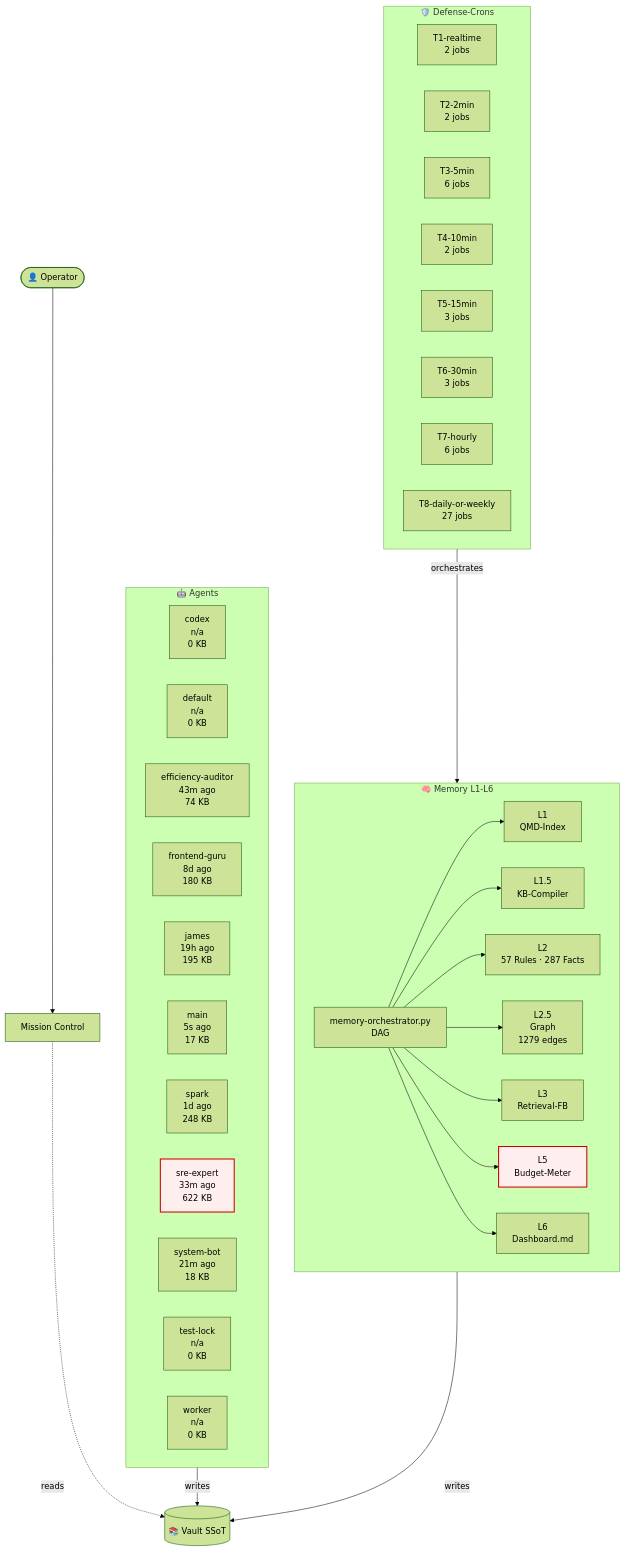
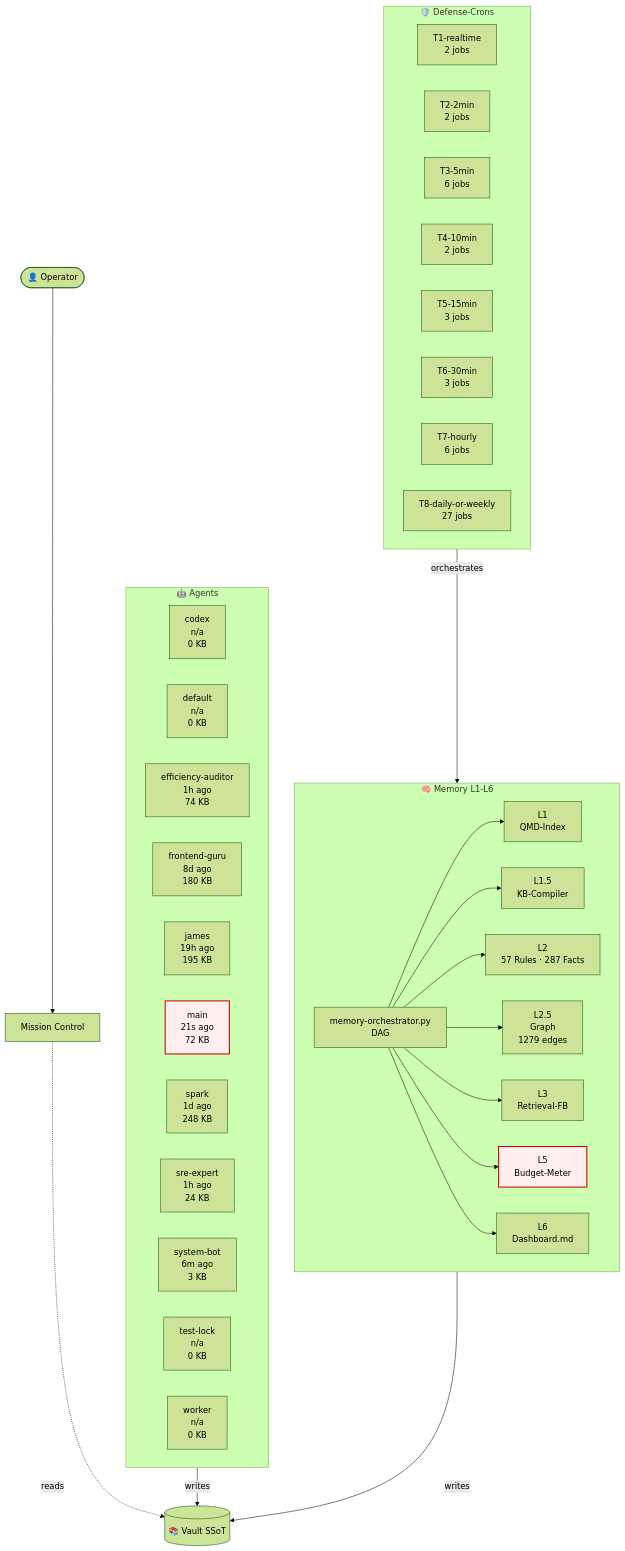
One commit to lenardhuebner88-rgb/openclaw-memory changed the diagram in 03-Agents/architecture-live.md. Above: the diagram before and after it, drawn with Mermaid (forest theme). The commit also changed other lines of this file and 15 other files, not shown here.

````diff
--- a/03-Agents/architecture-live.md
+++ b/03-Agents/architecture-live.md
@@ -18,54 +18,54 @@
 ```mermaid
 flowchart TB
     classDef critical fill:#fee,stroke:#c00,stroke-width:2px;
     subgraph AGT["🤖 Agents"]
         agent_codex["codex<br/>n/a<br/>0 KB"]
         agent_default["default<br/>n/a<br/>0 KB"]
-        agent_efficiency_auditor["efficiency-auditor<br/>43m ago<br/>74 KB"]
+        agent_efficiency_auditor["efficiency-auditor<br/>1h ago<br/>74 KB"]
         agent_frontend_guru["frontend-guru<br/>8d ago<br/>180 KB"]
         agent_james["james<br/>19h ago<br/>195 KB"]
-        agent_main["main<br/>5s ago<br/>17 KB"]
+        agent_main["main<br/>21s ago<br/>72 KB"]
         agent_spark["spark<br/>1d ago<br/>248 KB"]
-        agent_sre_expert["sre-expert<br/>33m ago<br/>622 KB"]
-        agent_system_bot["system-bot<br/>21m ago<br/>18 KB"]
+        agent_sre_expert["sre-expert<br/>1h ago<br/>24 KB"]
+        agent_system_bot["system-bot<br/>6m ago<br/>3 KB"]
         agent_test_lock["test-lock<br/>n/a<br/>0 KB"]
         agent_worker["worker<br/>n/a<br/>0 KB"]
     end
     subgraph MEM["🧠 Memory L1-L6"]
         L1["L1<br/>QMD-Index"]
         L15["L1.5<br/>KB-Compiler"]
         L2["L2<br/>57 Rules · 287 Facts"]
         L25["L2.5<br/>Graph<br/>1279 edges"]
         L3["L3<br/>Retrieval-FB"]
         L5["L5<br/>Budget-Meter"]
         L6["L6<br/>Dashboard.md"]
         ORCH["memory-orchestrator.py<br/>DAG"]
     end
     subgraph CRN["🛡️ Defense-Crons"]
         tier_T1_realtime["T1-realtime<br/>2 jobs"]
         tier_T2_2min["T2-2min<br/>2 jobs"]
         tier_T3_5min["T3-5min<br/>6 jobs"]
         tier_T4_10min["T4-10min<br/>2 jobs"]
         tier_T5_15min["T5-15min<br/>3 jobs"]
         tier_T6_30min["T6-30min<br/>3 jobs"]
         tier_T7_hourly["T7-hourly<br/>6 jobs"]
         tier_T8_daily_or_weekly["T8-daily-or-weekly<br/>27 jobs"]
     end
     VAULT[("📚 Vault SSoT")]
     OP([👤 Operator])
     MC["Mission Control"]
     OP --> MC
     MC -.reads.-> VAULT
     AGT -->|writes| VAULT
     MEM -->|writes| VAULT
     ORCH --> L1
     ORCH --> L15
     ORCH --> L2
     ORCH --> L25
     ORCH --> L3
     ORCH --> L5
     ORCH --> L6
     CRN -->|orchestrates| MEM
     class L5 critical
-    class agent_sre_expert critical
+    class agent_main critical
 ```
````
